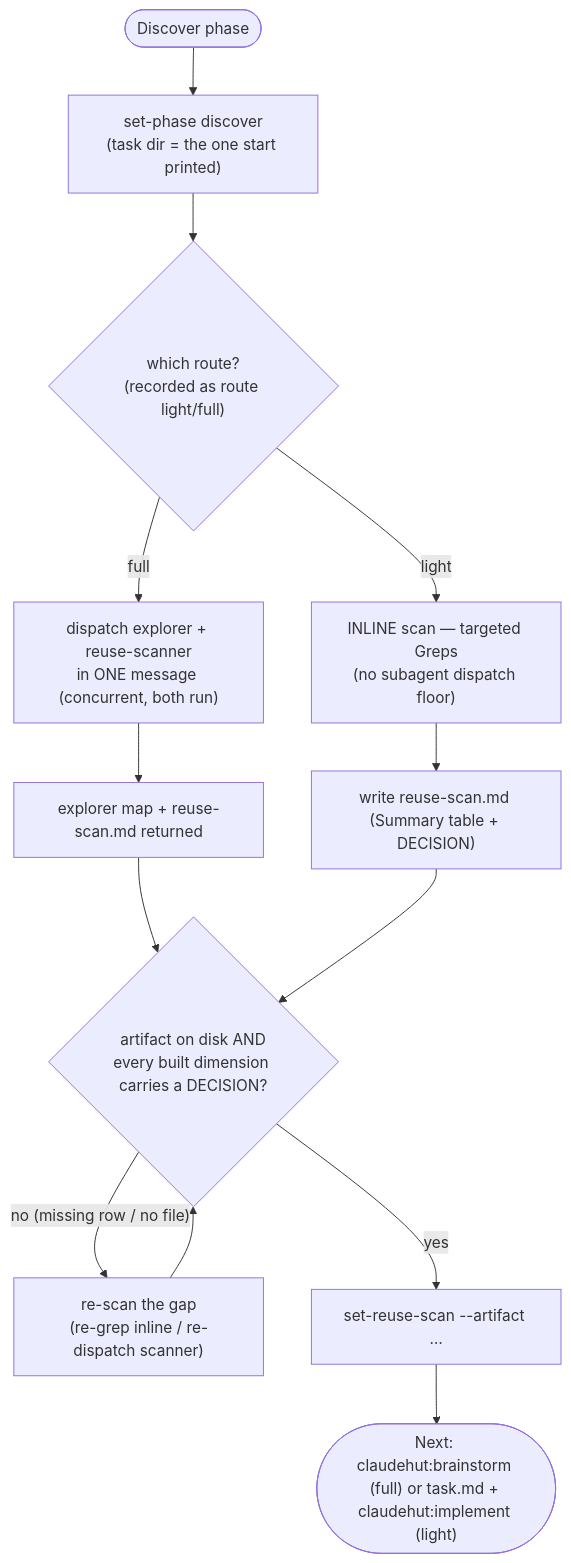
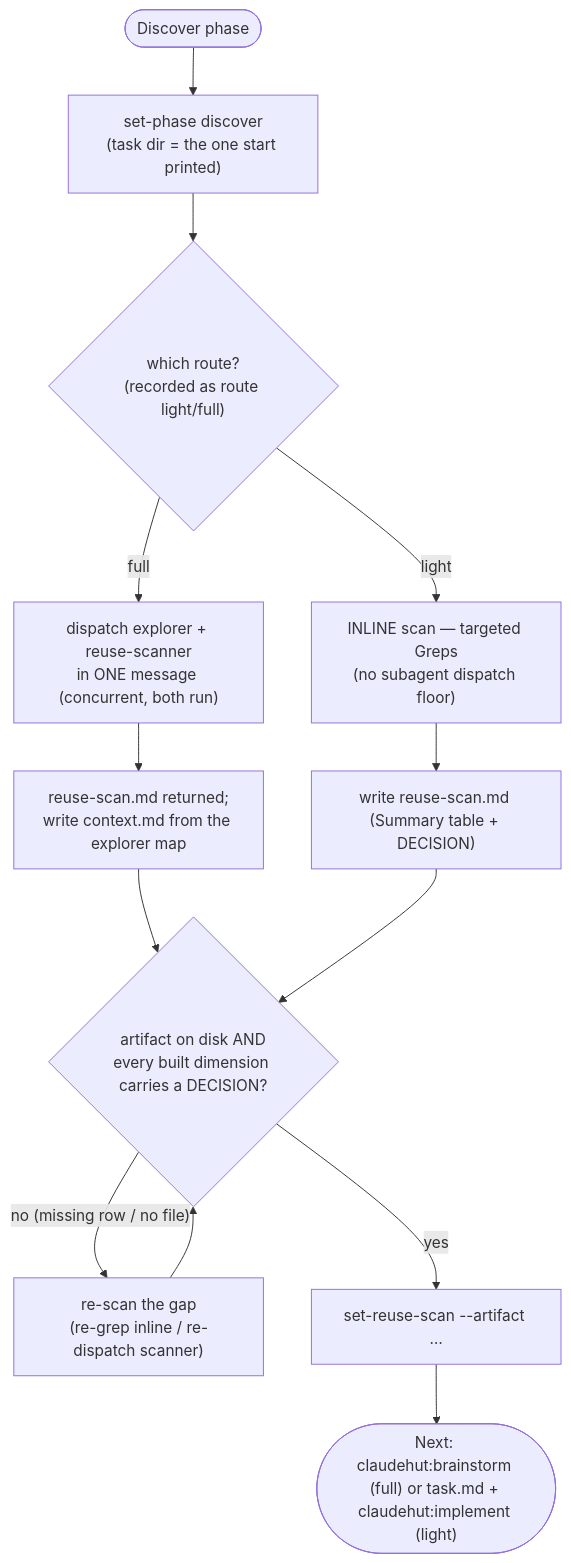
Before and after one commit to taipt1504/claudehut: the diagram in skills/discover/SKILL.md, drawn with Mermaid. The commit also changed other lines of this file and 48 other files, not shown here.

````diff
--- a/skills/discover/SKILL.md
+++ b/skills/discover/SKILL.md
@@ -42,15 +42,15 @@
 ```mermaid
 flowchart TB
     start([Discover phase]) --> ph["set-phase discover<br/>(task dir = the one start printed)"]
     ph --> rt{"which route?<br/>(recorded as route light/full)"}
     rt -- "light" --> inl["INLINE scan — targeted Greps<br/>(no subagent dispatch floor)"]
     rt -- "full" --> fan["dispatch explorer + reuse-scanner<br/>in ONE message (concurrent, both run)"]
-    fan --> join["explorer map + reuse-scan.md returned"]
+    fan --> join["reuse-scan.md returned;<br/>write context.md from the explorer map"]
     inl --> wr["write reuse-scan.md (Summary table + DECISION)"]
     join --> grd{"artifact on disk AND<br/>every built dimension carries a DECISION?"}
     wr --> grd
     grd -- "no (missing row / no file)" --> rescan["re-scan the gap<br/>(re-grep inline / re-dispatch scanner)"]
     rescan --> grd
     grd -- "yes" --> rec["set-reuse-scan --artifact …"]
     rec --> done(["Next: claudehut:brainstorm (full) or task.md + claudehut:implement (light)"])
 ```
````
